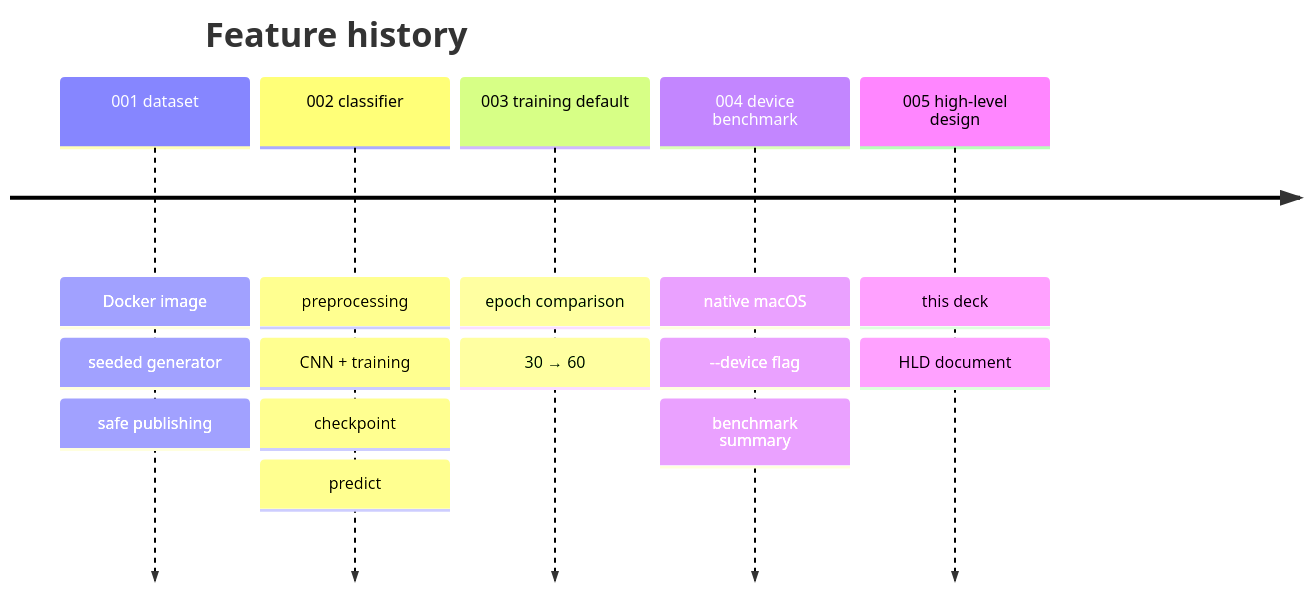
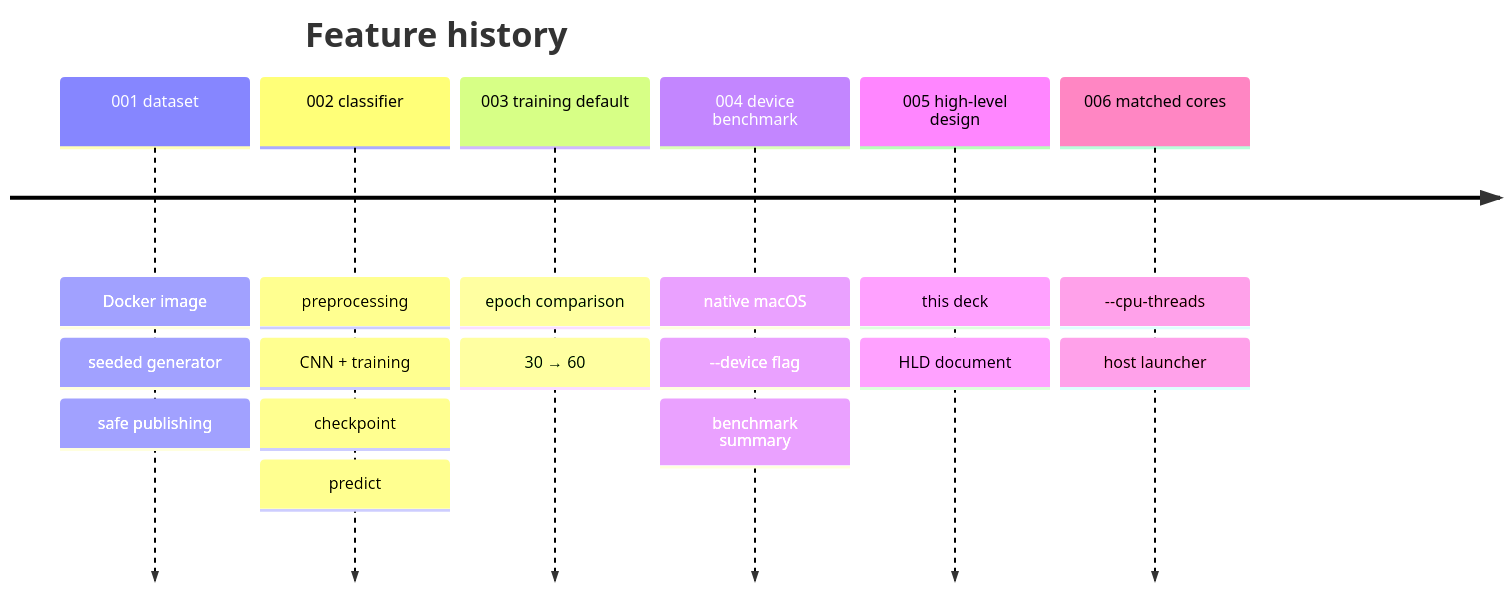
Before and after one commit to nal/ML: diagram 15 of 15 in CNN/image_classification/docs/hld/slides.md, drawn with Mermaid. The commit also changed other lines of this file and 1 other file, not shown here.

First line of the commit message:
docs(hld): cover matched-core benchmark in HLD and slides

````diff
--- a/CNN/image_classification/docs/hld/slides.md
+++ b/CNN/image_classification/docs/hld/slides.md
@@ -494,9 +565,10 @@
 ```mermaid {scale: 0.8}
 timeline
   title Feature history
   001 dataset : Docker image : seeded generator : safe publishing
   002 classifier : preprocessing : CNN + training : checkpoint : predict
   003 training default : epoch comparison : 30 → 60
   004 device benchmark : native macOS : --device flag : benchmark summary
   005 high-level design : this deck : HLD document
+  006 matched cores : --cpu-threads : host launcher
 ```
````
